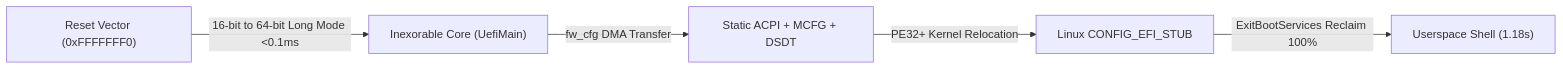
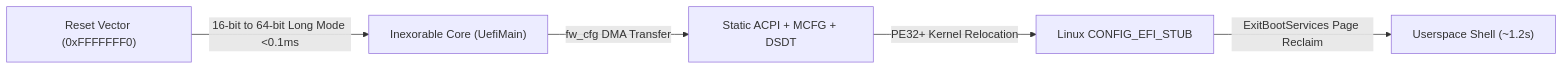
One commit to bt-balci/Inexorable changed the diagram in README.md. Above: the diagram before and after it, drawn with Mermaid. The commit also changed other lines of this file, not shown here.

````diff
--- a/README.md
+++ b/README.md
@@ -77,7 +61,7 @@
 ```mermaid
 flowchart LR
     A["Reset Vector (0xFFFFFFF0)"] -->|16-bit to 64-bit Long Mode <0.1ms| B["Inexorable Core (UefiMain)"]
     B -->|fw_cfg DMA Transfer| C["Static ACPI + MCFG + DSDT"]
     C -->|PE32+ Kernel Relocation| D["Linux CONFIG_EFI_STUB"]
-    D -->|ExitBootServices Reclaim 100%| E["Userspace Shell (1.18s)"]
+    D -->|ExitBootServices Page Reclaim| E["Userspace Shell (~1.2s)"]
 ```
````
